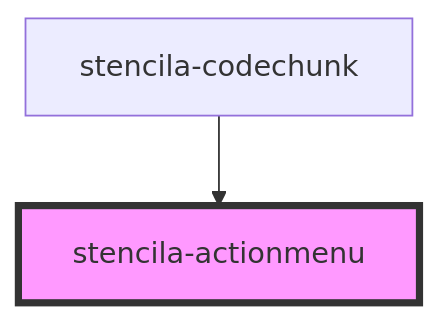
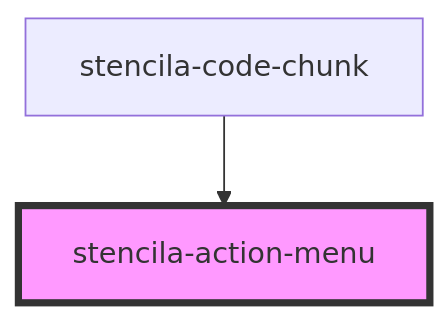
The diagram in packages/components/src/components/actionMenu/readme.md (stencila/designa), drawn with Mermaid before and after one commit. The commit also changed other lines of this file and 10 other files, not shown here.

````diff
--- a/packages/components/src/components/actionMenu/readme.md
+++ b/packages/components/src/components/actionMenu/readme.md
@@ -22,5 +22,5 @@
 ```mermaid
 graph TD;
-  stencila-codechunk --> stencila-actionmenu
-  style stencila-actionmenu fill:#f9f,stroke:#333,stroke-width:4px
+  stencila-code-chunk --> stencila-action-menu
+  style stencila-action-menu fill:#f9f,stroke:#333,stroke-width:4px
 ```
````
